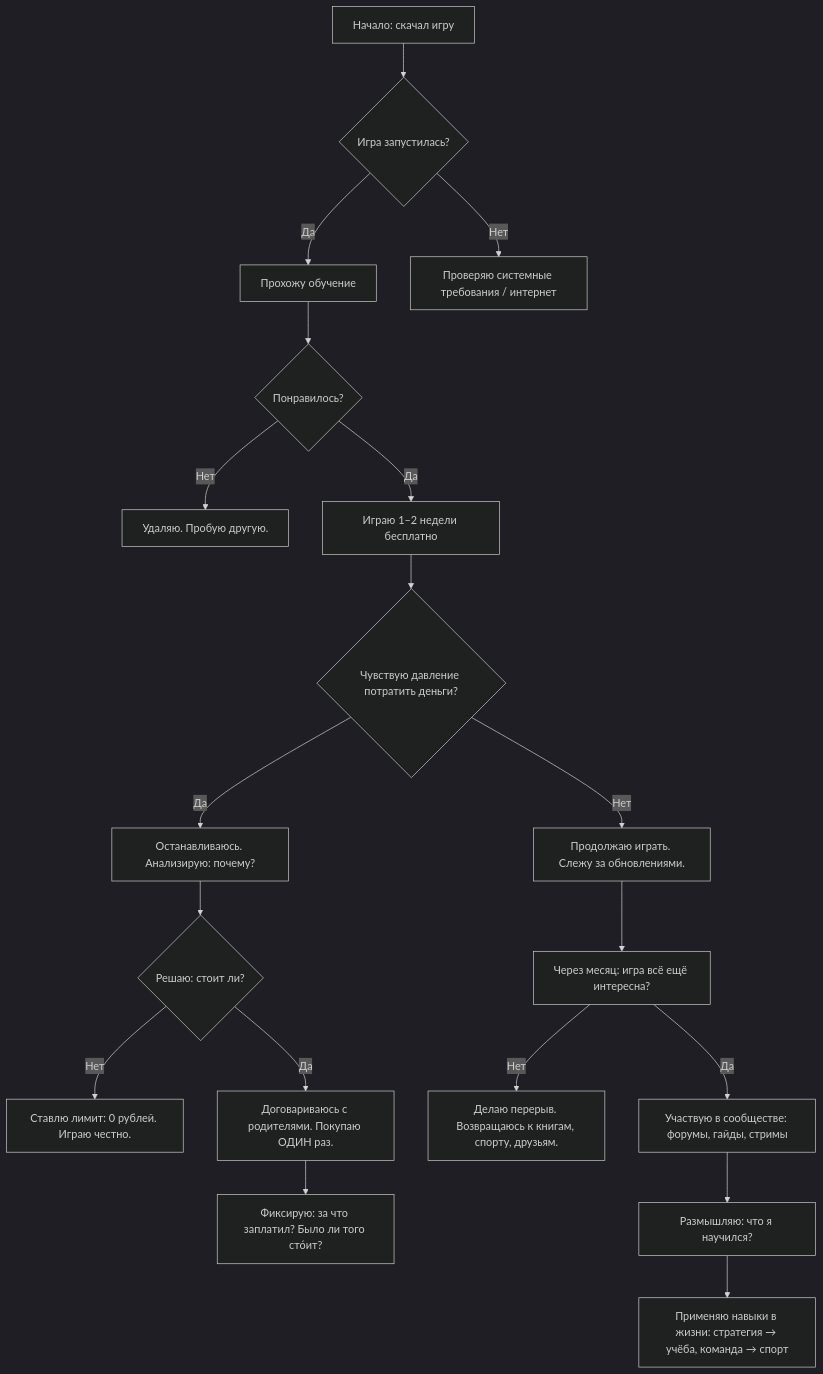
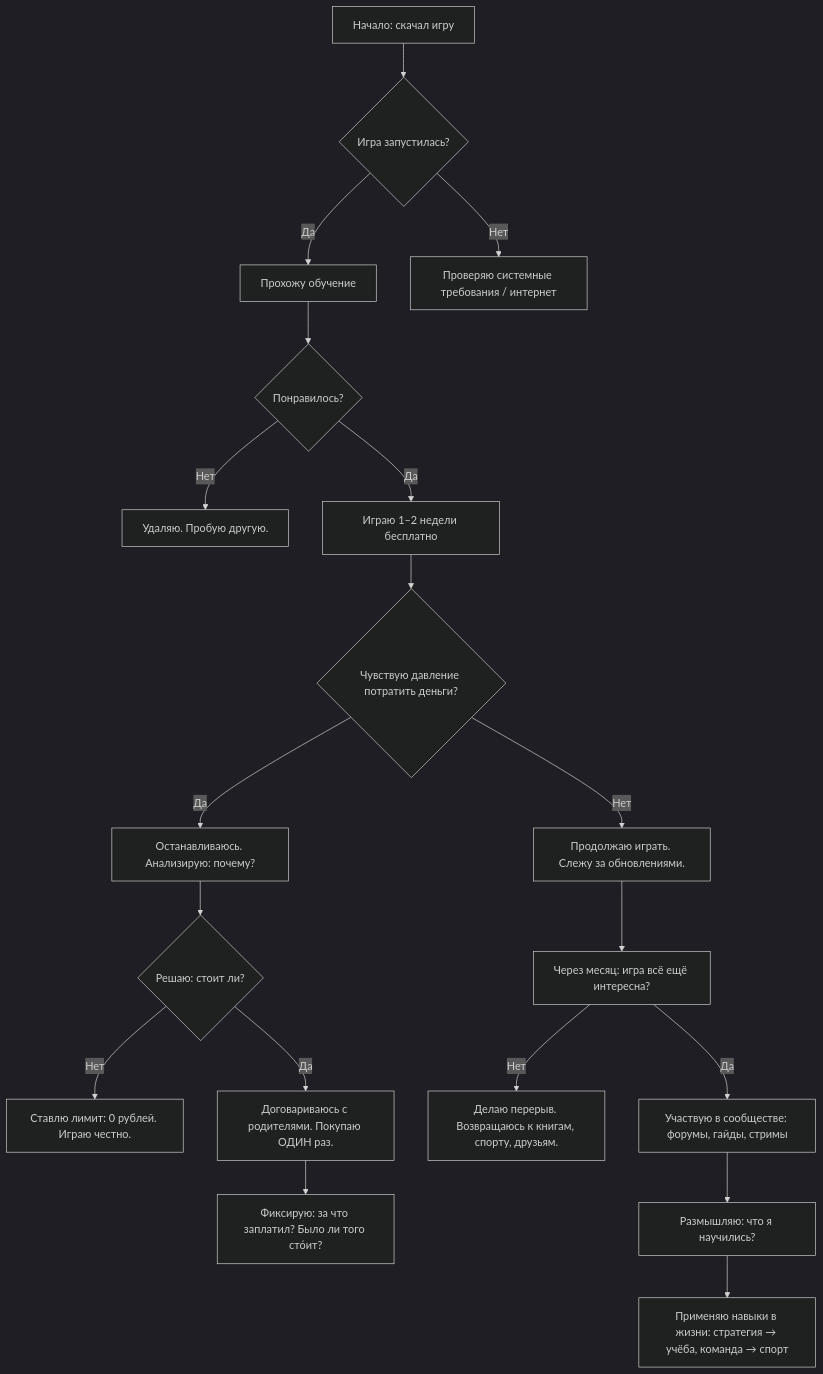
One commit to Spirzen/it-knowledge-base changed the diagram in docs/encyclopedia/9-spinoff/9-11-dlya-detey/2-video-games/17.md. Above: the diagram before and after it, drawn with Mermaid (dark theme). The commit also changed other lines of this file and 1180 other files, not shown here.

````diff
--- a/docs/encyclopedia/9-spinoff/9-11-dlya-detey/2-video-games/17.md
+++ b/docs/encyclopedia/9-spinoff/9-11-dlya-detey/2-video-games/17.md
@@ -227,21 +227,21 @@
 ```mermaid
 flowchart TD
     A[Начало: скачал игру] --> B{Игра запустилась?}
     B -->|Да| C[Прохожу обучение]
     B -->|Нет| Z[Проверяю системные требования / интернет]
     C --> D{Понравилось?}
     D -->|Нет| E[Удаляю. Пробую другую.]
     D -->|Да| F[Играю 1–2 недели бесплатно]
     F --> G{Чувствую давление потратить деньги?}
     G -->|Да| H[Останавливаюсь. Анализирую: почему?]
     G -->|Нет| I[Продолжаю играть. Слежу за обновлениями.]
     H --> J{Решаю: стоит ли?}
     J -->|Нет| K[Ставлю лимит: 0 рублей. Играю честно.]
     J -->|Да| L[Договариваюсь с родителями. Покупаю ОДИН раз.]
     L --> M[Фиксирую: за что заплатил? Было ли того сто́ит?]
     I --> N[Через месяц: игра всё ещё интересна?]
     N -->|Нет| O[Делаю перерыв. Возвращаюсь к книгам, спорту, друзьям.]
     N -->|Да| P[Участвую в сообществе: форумы, гайды, стримы]
-    P --> Q[Размышляю: что я научился?]
+    P --> Q[Размышляю: что я научились?]
     Q --> R[Применяю навыки в жизни: стратегия → учёба, команда → спорт]
 ```
````
